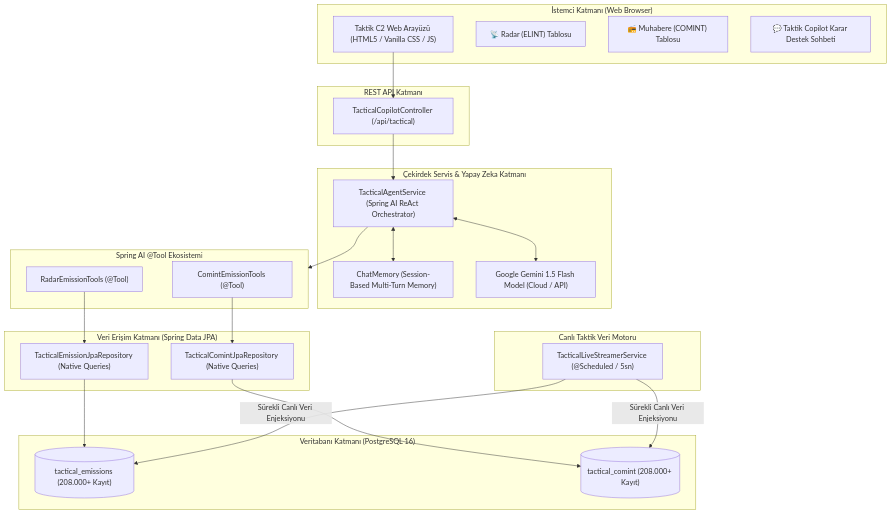
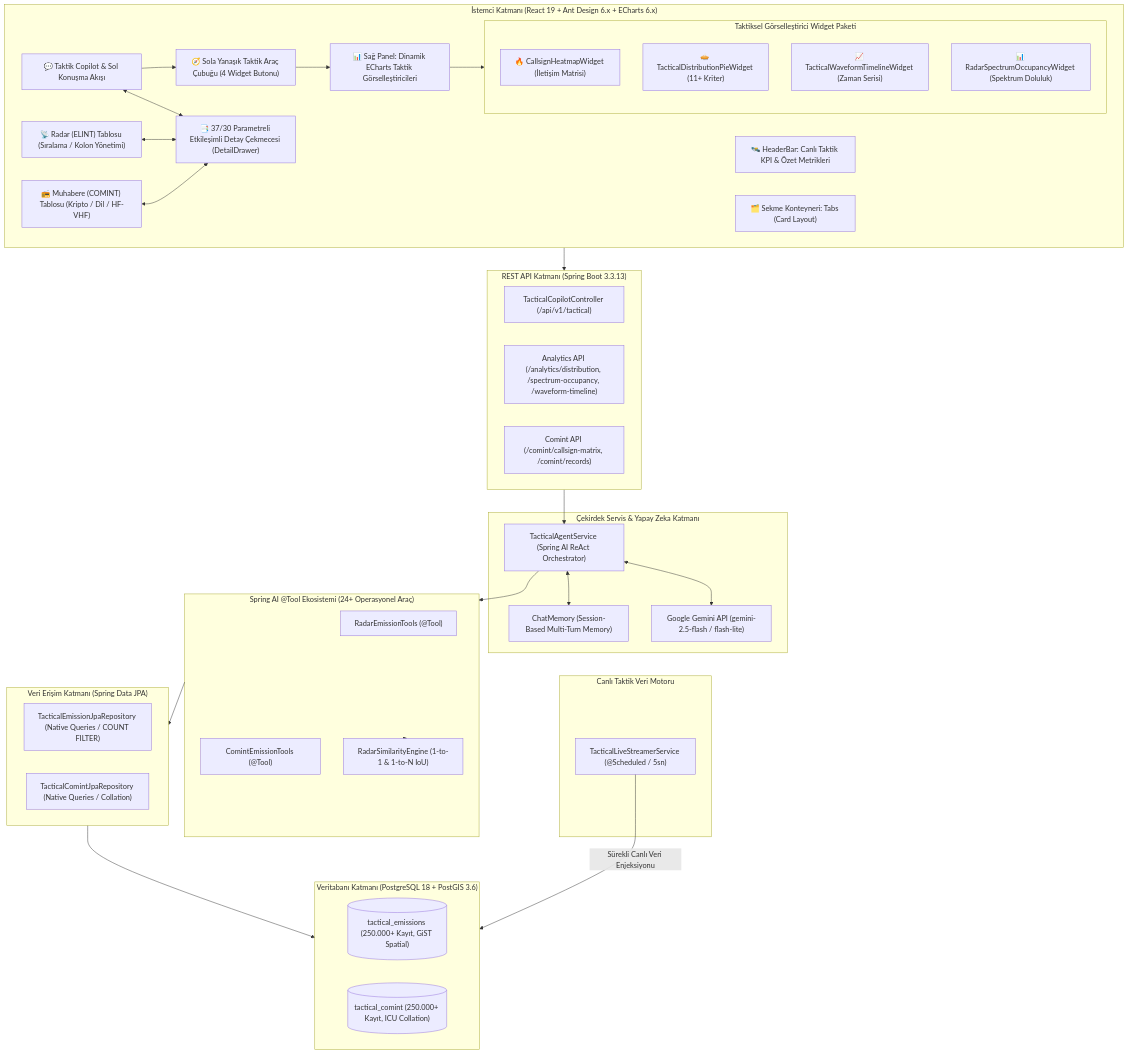
The diagram in TAKTIK_EW_COPILOT_V2_KAPSAMLI_SISTEM_VE_MIMARI_DOKUMANTASYONU.md (Onder1984/springAIDeneme3), drawn with Mermaid before and after one commit. The commit also changed other lines of this file and 20 other files, not shown here.

First line of the commit message:
feat: add weekday radar distribution (TODO-08) and resolve tactical UI regressions

````diff
--- a/TAKTIK_EW_COPILOT_V2_KAPSAMLI_SISTEM_VE_MIMARI_DOKUMANTASYONU.md
+++ b/TAKTIK_EW_COPILOT_V2_KAPSAMLI_SISTEM_VE_MIMARI_DOKUMANTASYONU.md
@@ -140,50 +141,70 @@
 ```mermaid
 flowchart TD
-    subgraph UI ["İstemci Katmanı (Web Browser)"]
-        WebUI["Taktik C2 Web Arayüzü (HTML5 / Vanilla CSS / JS)"]
-        RadarTab["📡 Radar (ELINT) Tablosu"]
-        ComintTab["📻 Muhabere (COMINT) Tablosu"]
-        ChatUI["💬 Taktik Copilot Karar Destek Sohbeti"]
+    subgraph UI ["İstemci Katmanı (React 19 + Ant Design 6.x + ECharts 6.x)"]
+        HeaderBar["🛰️ HeaderBar: Canlı Taktik KPI & Özet Metrikleri"]
+        TabContainer["🗂️ Sekme Konteyneri: Tabs (Card Layout)"]
+        ChatUI["💬 Taktik Copilot & Sol Konuşma Akışı"]
+        ToolBar["🧭 Sola Yanaşık Taktik Araç Çubuğu (4 Widget Butonu)"]
+        RightPanel["📊 Sağ Panel: Dinamik ECharts Taktik Görselleştiricileri"]
+        
+        subgraph Widgets ["Taktiksel Görselleştirici Widget Paketi"]
+            Heatmap["🔥 CallsignHeatmapWidget (İletişim Matrisi)"]
+            PieDist["🥧 TacticalDistributionPieWidget (11+ Kriter)"]
+            Waveform["📈 TacticalWaveformTimelineWidget (Zaman Serisi)"]
+            Occupancy["📊 RadarSpectrumOccupancyWidget (Spektrum Doluluk)"]
+        end
+        
+        Drawer["📑 37/30 Parametreli Etkileşimli Detay Çekmecesi (DetailDrawer)"]
+        RadarTable["📡 Radar (ELINT) Tablosu (Sıralama / Kolon Yönetimi)"]
+        ComintTable["📻 Muhabere (COMINT) Tablosu (Kripto / Dil / HF-VHF)"]
     end
 
-    subgraph API ["REST API Katmanı"]
-        TacticalCtrl["TacticalCopilotController (/api/tactical)"]
+    subgraph API ["REST API Katmanı (Spring Boot 3.3.13)"]
+        TacticalCtrl["TacticalCopilotController (/api/v1/tactical)"]
+        AnalyticsCtrl["Analytics API (/analytics/distribution, /spectrum-occupancy, /waveform-timeline)"]
+        ComintCtrl["Comint API (/comint/callsign-matrix, /comint/records)"]
     end
 
     subgraph Core ["Çekirdek Servis & Yapay Zeka Katmanı"]
         AgentService["TacticalAgentService (Spring AI ReAct Orchestrator)"]
         ChatMemoryEngine["ChatMemory (Session-Based Multi-Turn Memory)"]
-        GeminiLLM["Google Gemini 1.5 Flash Model (Cloud / API)"]
+        GeminiLLM["Google Gemini API (gemini-2.5-flash / flash-lite)"]
     end
 
-    subgraph Tools ["Spring AI @Tool Ekosistemi"]
+    subgraph Tools ["Spring AI @Tool Ekosistemi (24+ Operasyonel Araç)"]
         RadarTools["RadarEmissionTools (@Tool)"]
         ComintTools["ComintEmissionTools (@Tool)"]
+        SimilarityEngine["RadarSimilarityEngine (1-to-1 & 1-to-N IoU)"]
     end
 
     subgraph Repo ["Veri Erişim Katmanı (Spring Data JPA)"]
-        RadarRepo["TacticalEmissionJpaRepository (Native Queries)"]
-        ComintRepo["TacticalComintJpaRepository (Native Queries)"]
+        RadarRepo["TacticalEmissionJpaRepository (Native Queries / COUNT FILTER)"]
+        ComintRepo["TacticalComintJpaRepository (Native Queries / Collation)"]
     end
 
-    subgraph DB ["Veritabanı Katmanı (PostgreSQL 16)"]
-        PG_Radar[("tactical_emissions (208.000+ Kayıt)")]
-        PG_Comint[("tactical_comint (208.000+ Kayıt)")]
+    subgraph DB ["Veritabanı Katmanı (PostgreSQL 18 + PostGIS 3.6)"]
+        PG_Radar[("tactical_emissions (250.000+ Kayıt, GiST Spatial)")]
+        PG_Comint[("tactical_comint (250.000+ Kayıt, ICU Collation)")]
     end
 
     subgraph Sim ["Canlı Taktik Veri Motoru"]
         Streamer["TacticalLiveStreamerService (@Scheduled / 5sn)"]
     end
 
-    WebUI --> TacticalCtrl
-    TacticalCtrl --> AgentService
+    ChatUI --> ToolBar
+    ToolBar --> RightPanel
+    RightPanel --> Widgets
+    ChatUI <--> Drawer
+    RadarTable <--> Drawer
+    ComintTable <--> Drawer
+    
+    UI --> API
+    API --> AgentService
     AgentService <--> GeminiLLM
     AgentService <--> ChatMemoryEngine
     AgentService --> Tools
-    RadarTools --> RadarRepo
-    ComintTools --> ComintRepo
-    RadarRepo --> PG_Radar
-    ComintRepo --> PG_Comint
-    Streamer -->|Sürekli Canlı Veri Enjeksiyonu| PG_Radar
-    Streamer -->|Sürekli Canlı Veri Enjeksiyonu| PG_Comint
+    Tools --> SimilarityEngine
+    Tools --> Repo
+    Repo --> DB
+    Streamer -->|Sürekli Canlı Veri Enjeksiyonu| DB
 ```
````
